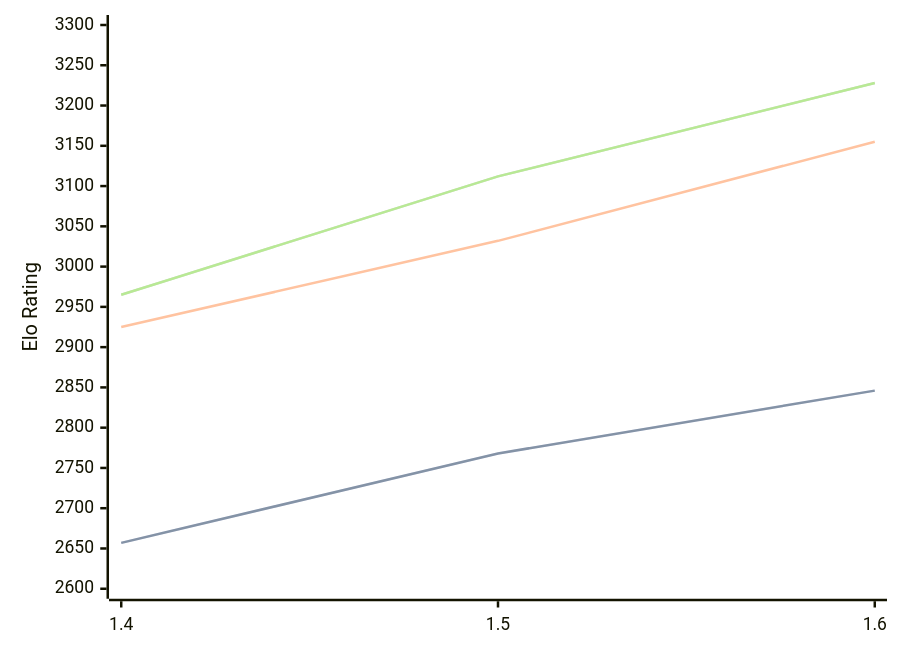
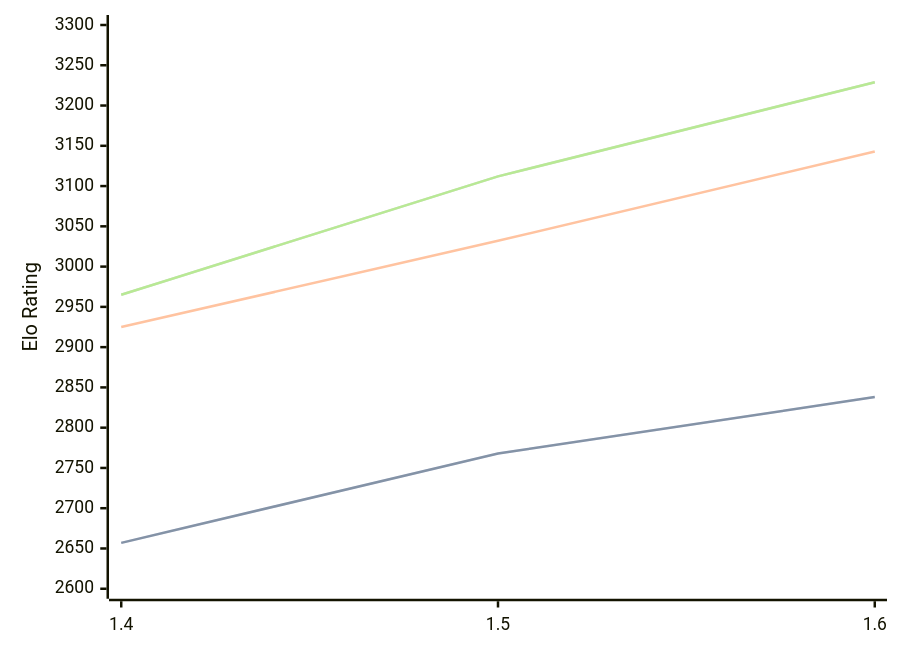
Before and after one commit to computer-chess-index/cci: the diagram in engines/Yakka.md, drawn with Mermaid. The commit also changed other lines of this file, not shown here.

Commit message:
Update CCI Ratings (ELO VLTC) - 2026-10-07

````diff
--- a/engines/Yakka.md
+++ b/engines/Yakka.md
@@ -33,11 +33,11 @@
 ```mermaid
 %%{init: {"theme":"base","themeVariables":{"seriesColors:['#a3a3a3','#222221','#faa371']}}}%%
 xychart-beta
   x-axis ["1.4", "1.5", "1.6"]
   y-axis "Elo Rating" 2600 --> 3300
-  line "" [2657, 2768, 2846]
-  line "STC (8.0+0.08s)" [2657, 2768, 2846]
-  line "LTC (60.0+0.60s)" [2925, 3032, 3155]
-  line "" [2965, 3112, 3228]
-  line "VLTC (2m24s+1.12s)" [2965, 3112, 3228]
+  line "" [2657, 2768, 2838]
+  line "STC (8.0+0.08s)" [2657, 2768, 2838]
+  line "LTC (60.0+0.60s)" [2925, 3032, 3143]
+  line "" [2965, 3112, 3229]
+  line "VLTC (2m24s+1.12s)" [2965, 3112, 3229]
 ```
````
